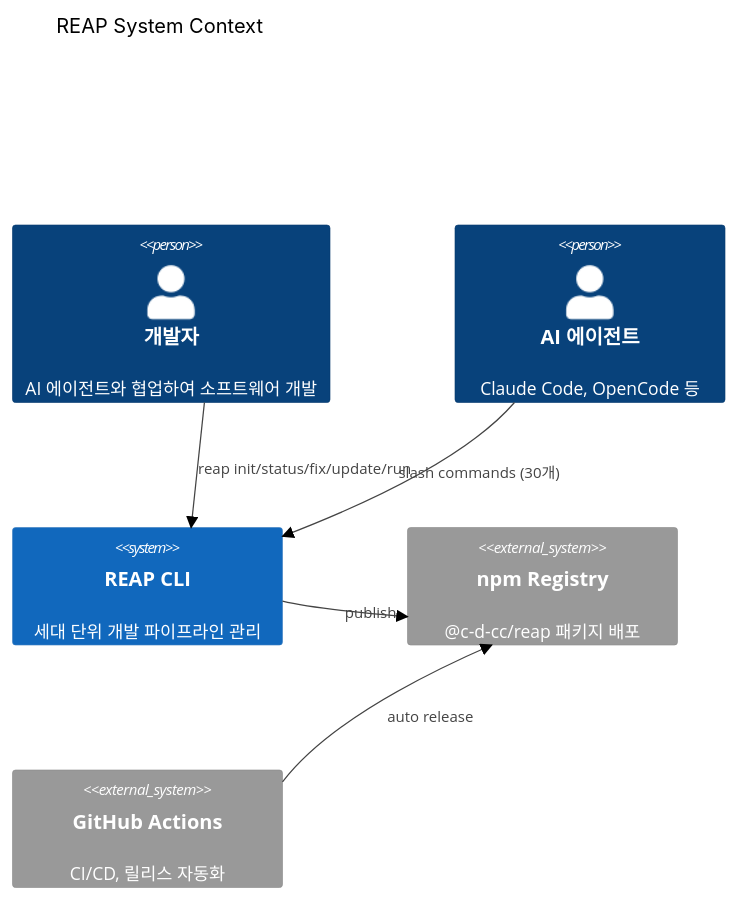
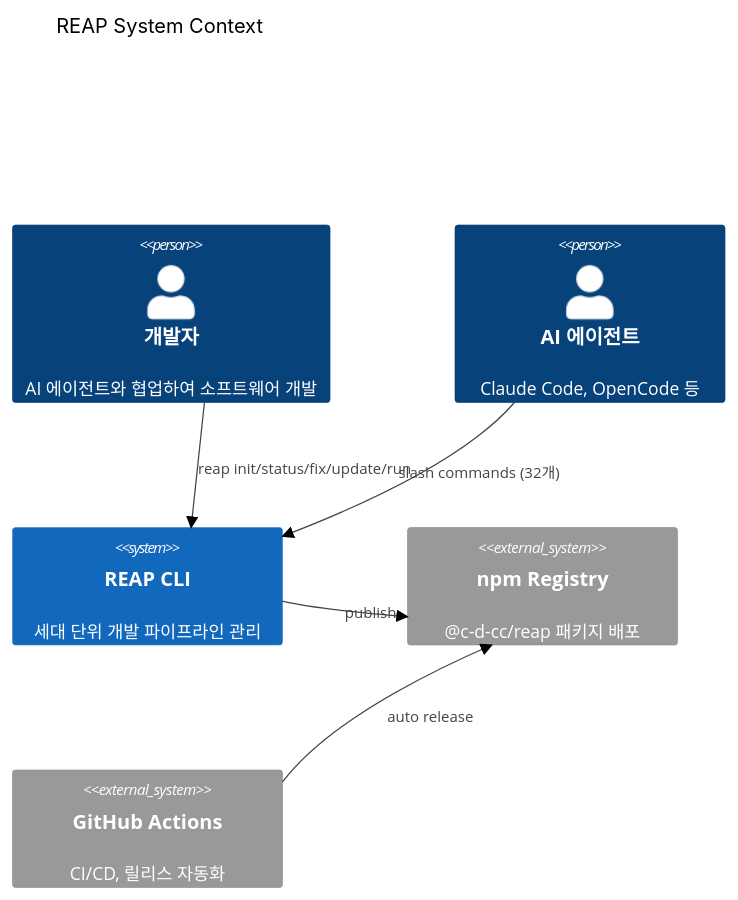
Before and after one commit to c-d-cc/reap: the first of 3 diagrams in .reap/genome/source-map.md, drawn with Mermaid (forest theme). The commit also changed other lines of this file and 3 other files, not shown here.

Commit message:
chore: genome/environment sync — slash commands, types, test counts 업데이트

````diff
--- a/.reap/genome/source-map.md
+++ b/.reap/genome/source-map.md
@@ -10,16 +10,16 @@
 ```mermaid
 C4Context
   title REAP System Context
 
   Person(user, "개발자", "AI 에이전트와 협업하여 소프트웨어 개발")
   Person(agent, "AI 에이전트", "Claude Code, OpenCode 등")
 
   System(reap, "REAP CLI", "세대 단위 개발 파이프라인 관리")
   System_Ext(npm, "npm Registry", "@c-d-cc/reap 패키지 배포")
   System_Ext(github, "GitHub Actions", "CI/CD, 릴리스 자동화")
 
   Rel(user, reap, "reap init/status/fix/update/run")
-  Rel(agent, reap, "slash commands (30개)")
+  Rel(agent, reap, "slash commands (32개)")
   Rel(reap, npm, "publish")
   Rel(github, npm, "auto release")
 ```
````
